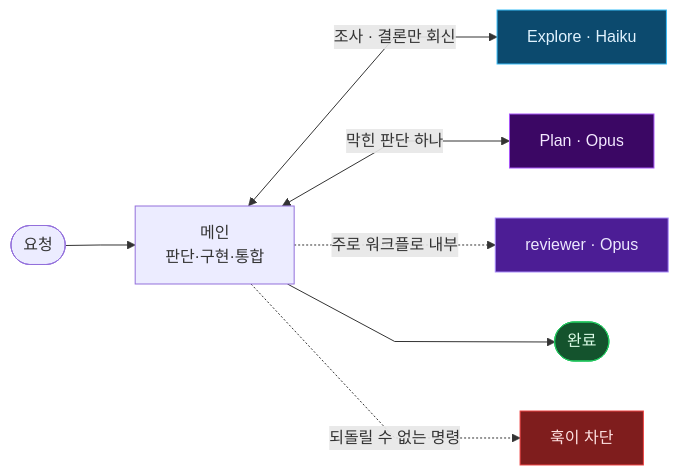
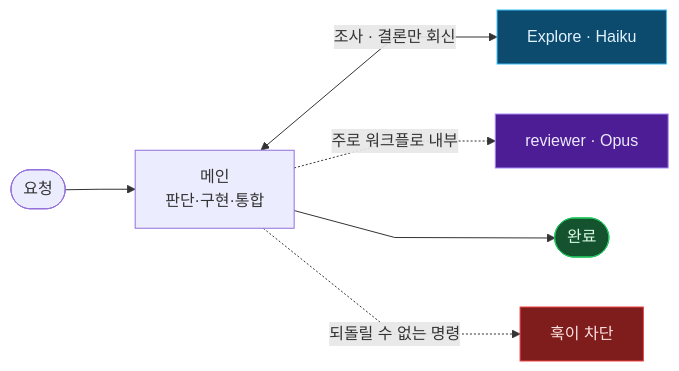
One commit to khakisketch/KSI-Claude-Harness changed the diagram in README.md. Above: the diagram before and after it, drawn with Mermaid. The commit also changed other lines of this file and 8 other files, not shown here.

````diff
--- a/README.md
+++ b/README.md
@@ -295,17 +288,15 @@
 ```mermaid
 %%{init: {'flowchart': {'curve': 'linear', 'nodeSpacing': 50, 'rankSpacing': 70}}}%%
 flowchart LR
     REQ([요청]) --> MAIN
     MAIN[메인<br/>판단·구현·통합]
     MAIN <-->|조사 · 결론만 회신| EX[Explore · Haiku]
-    MAIN <-->|막힌 판단 하나| PL[Plan · Opus]
     MAIN -.->|주로 워크플로 내부| RV[reviewer · Opus]
     MAIN --> DONE([완료])
     MAIN -.->|되돌릴 수 없는 명령| HOOK[훅이 차단]
 
     style EX fill:#0c4a6e,stroke:#38bdf8,color:#e0f2fe
-    style PL fill:#3b0764,stroke:#a855f7,color:#f3e8ff
     style RV fill:#4c1d95,stroke:#a78bfa,color:#ede9fe
     style HOOK fill:#7f1d1d,stroke:#ef4444,color:#fee2e2
     style DONE fill:#14532d,stroke:#22c55e,color:#dcfce7
 ```
````
